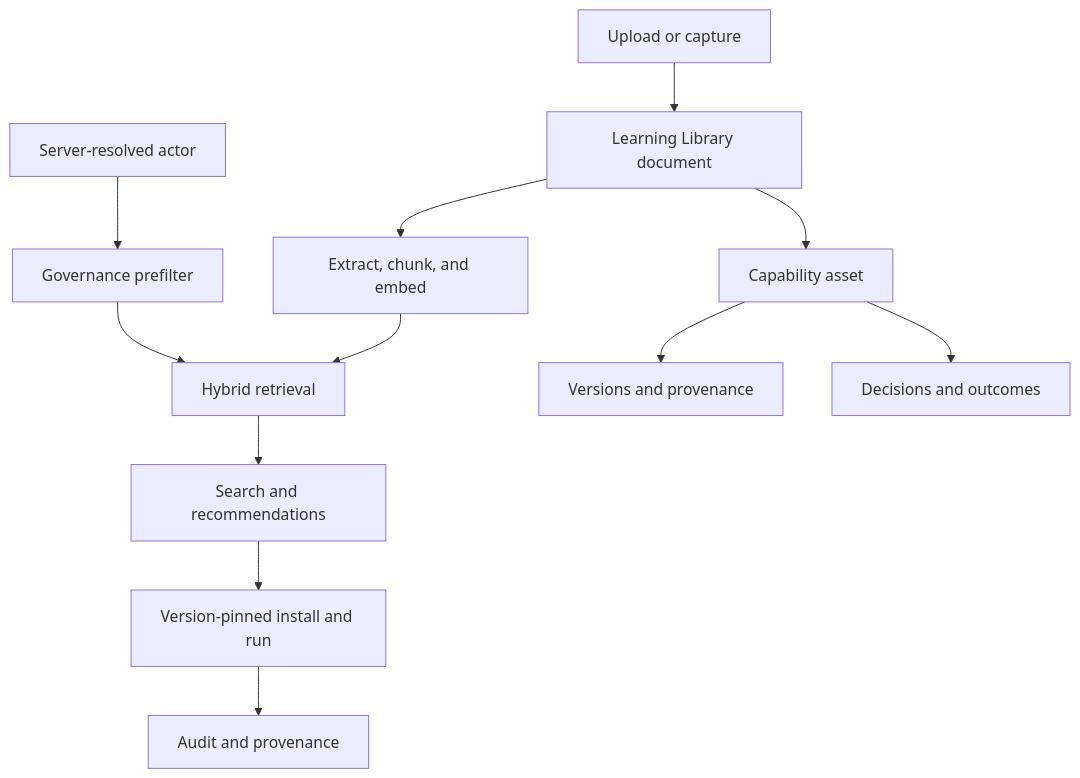
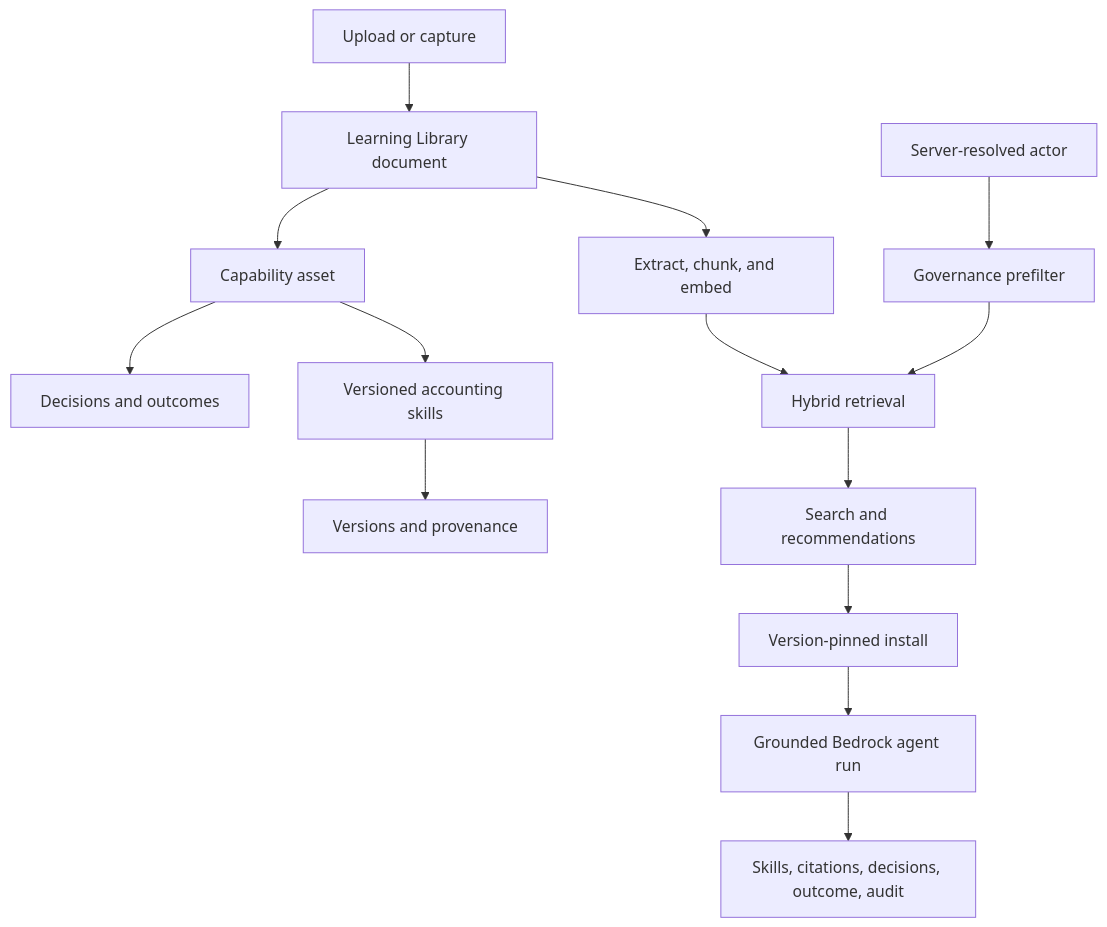
Before and after one commit to nycodez/hackathon-memory: the diagram in README.md, drawn with Mermaid. The commit also changed other lines of this file and 20 other files, not shown here.

````diff
--- a/README.md
+++ b/README.md
@@ -28,14 +28,16 @@
 ```mermaid
 flowchart TD
   C[Upload or capture] --> L[Learning Library document]
   L --> I[Extract, chunk, and embed]
   I --> R[Hybrid retrieval]
   L --> A[Capability asset]
-  A --> G[Versions and provenance]
+  A --> S[Versioned accounting skills]
+  S --> G[Versions and provenance]
   A --> O[Decisions and outcomes]
   P[Server-resolved actor] --> X[Governance prefilter]
   X --> R
   R --> D[Search and recommendations]
-  D --> U[Version-pinned install and run]
-  U --> E[Audit and provenance]
+  D --> U[Version-pinned install]
+  U --> B[Grounded Bedrock agent run]
+  B --> E[Skills, citations, decisions, outcome, audit]
 ```
````
